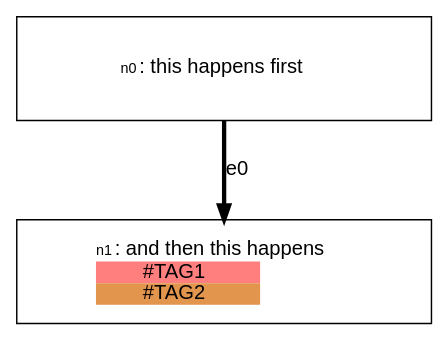
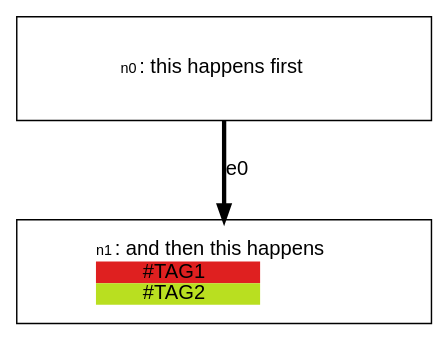
The diagram in examples/readme_example_1.dot (stevecooperorg/microdot), drawn with Graphviz before and after one commit. The commit also changed 10 other files, not shown here.

```diff
--- a/examples/readme_example_1.dot
+++ b/examples/readme_example_1.dot
@@ -1,34 +1,34 @@
 digraph {
 
     graph [fontname = "helvetica" rankdir="TB" ranksep=0.75 nodesep=0.5];
     node [fontname = "helvetica" shape = "box" width=2.5 style=filled];
     edge [fontname = "helvetica" penwidth=3 color="#000000"];
 
     n0 [width=4 height=1 label=< <TABLE BORDER="0" CELLPADDING="0" CELLSPACING="0">
     <TR>
         <TD COLSPAN="1"><FONT POINT-SIZE="10">n0</FONT>: this happens first</TD>
     </TR>
     
    </TABLE>
 > fillcolor="#FFFFFF"]
     n1 [width=4 height=1 label=< <TABLE BORDER="0" CELLPADDING="0" CELLSPACING="0">
     <TR>
         <TD COLSPAN="2"><FONT POINT-SIZE="10">n1</FONT>: and then this happens</TD>
     </TR>
     
         
            <TR>
-<TD BGCOLOR="#FF7F7F"><FONT COLOR="#000000">#TAG1</FONT></TD>
+<TD BGCOLOR="#DF2020"><FONT COLOR="#000000">#TAG1</FONT></TD>
 </TR>
         
            <TR>
-<TD BGCOLOR="#E2954D"><FONT COLOR="#000000">#TAG2</FONT></TD>
+<TD BGCOLOR="#B9DF20"><FONT COLOR="#000000">#TAG2</FONT></TD>
 </TR>
         
     
    </TABLE>
 > fillcolor="#FFFFFF"]
 
     "n0" -> "n1" [label="e0"];
 
 }
```
